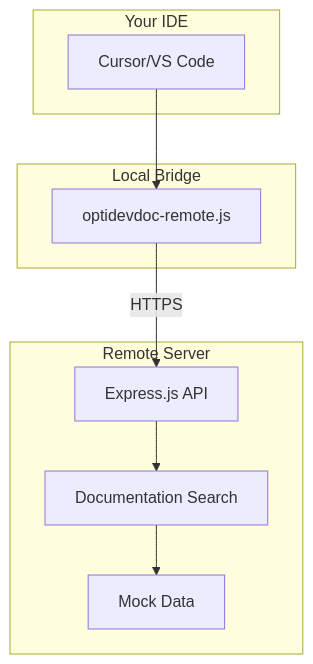
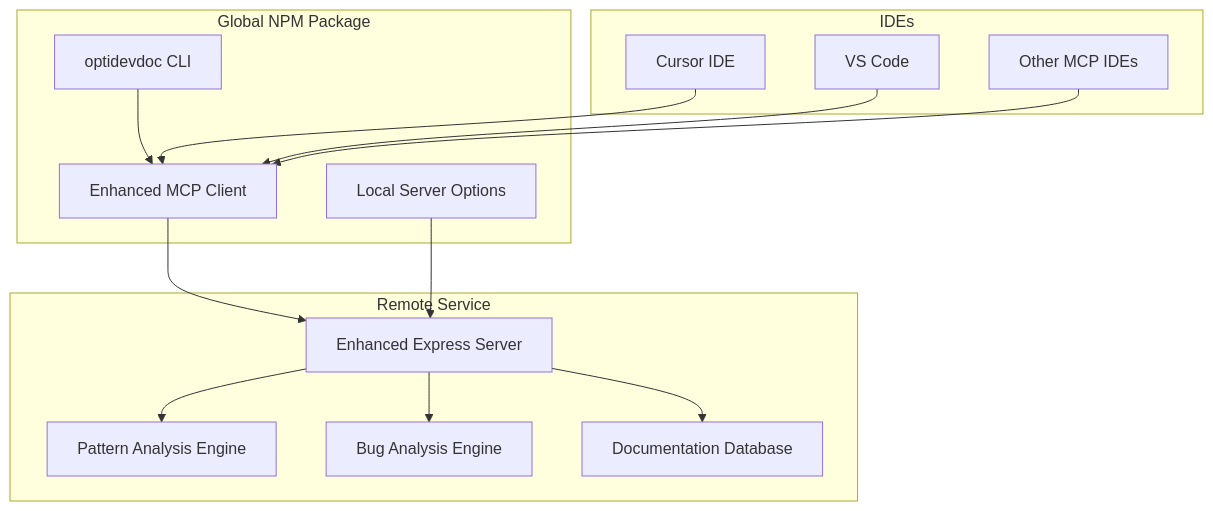
The diagram in README.md (biswajitpanday/Optivise), drawn with Mermaid before and after one commit. The commit also changed other lines of this file and 2 other files, not shown here.

````diff
--- a/README.md
+++ b/README.md
@@ -110,21 +137,31 @@
 ```mermaid
 graph TB
-    subgraph "Your IDE"
-        A[Cursor/VS Code]
+    subgraph "Global NPM Package"
+        A[optidevdoc CLI]
+        B[Enhanced MCP Client]
+        C[Local Server Options]
     end
-    
-    subgraph "Local Bridge"
-        B[optidevdoc-remote.js]
+
+    subgraph "Remote Service"
+        D[Enhanced Express Server]
+        E[Pattern Analysis Engine]
+        F[Bug Analysis Engine]
+        G[Documentation Database]
     end
-    
-    subgraph "Remote Server"
-        C[Express.js API]
-        D[Documentation Search]
-        E[Mock Data]
+
+    subgraph "IDEs"
+        H[Cursor IDE]
+        I[VS Code]
+        J[Other MCP IDEs]
     end
-    
+
     A --> B
-    B -->|HTTPS| C
+    B --> D
     C --> D
+    H --> B
+    I --> B
+    J --> B
     D --> E
+    D --> F
+    D --> G
 ```
````
